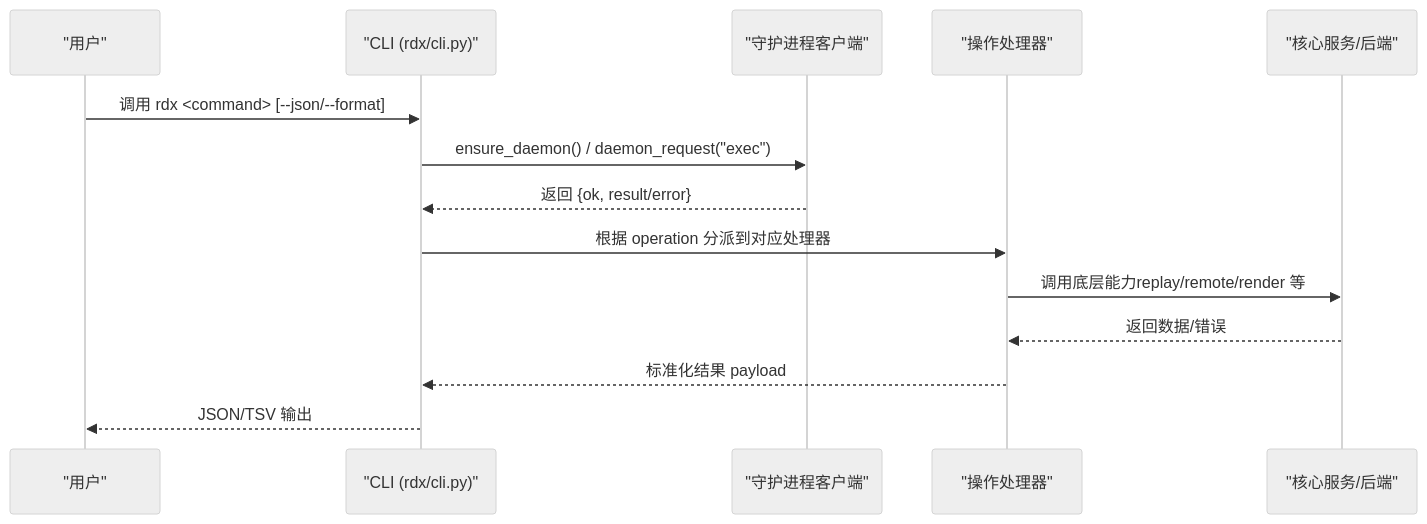
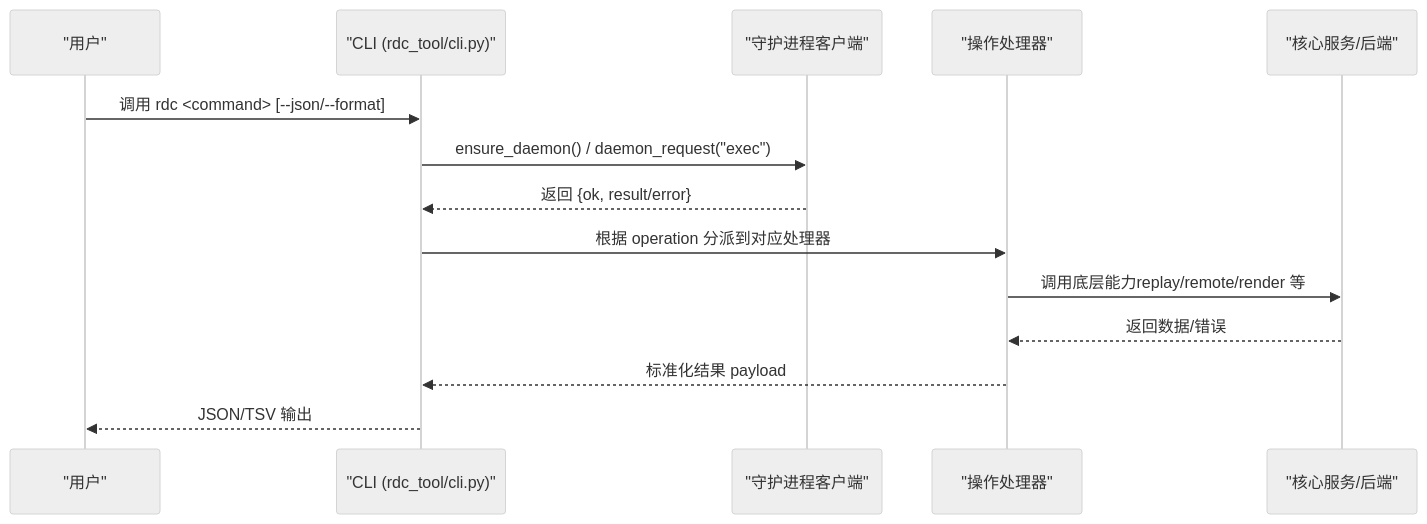
Before and after one commit to haolange/RDC-Tool: the second of 8 diagrams in .qoder/repowiki/zh/content/开发指南/开发指南.md, drawn with Mermaid (neutral theme). The commit also changed other lines of this file and 388 other files, not shown here.

First line of the commit message:
Release RDC-Tool identity and public maintenance surface

````diff
--- a/.qoder/repowiki/zh/content/开发指南/开发指南.md
+++ b/.qoder/repowiki/zh/content/开发指南/开发指南.md
@@ -90,16 +90,16 @@
 ```mermaid
 sequenceDiagram
 participant U as "用户"
-participant CLI as "CLI (rdx/cli.py)"
+participant CLI as "CLI (rdc_tool/cli.py)"
 participant D as "守护进程客户端"
 participant OP as "操作处理器"
 participant CORE as "核心服务/后端"
-U->>CLI : 调用 rdx <command> [--json/--format]
+U->>CLI : 调用 rdc <command> [--json/--format]
 CLI->>D : ensure_daemon() / daemon_request("exec")
 D-->>CLI : 返回 {ok, result/error}
 CLI->>OP : 根据 operation 分派到对应处理器
 OP->>CORE : 调用底层能力replay/remote/render 等
 CORE-->>OP : 返回数据/错误
 OP-->>CLI : 标准化结果 payload
 CLI-->>U : JSON/TSV 输出
 ```
````
